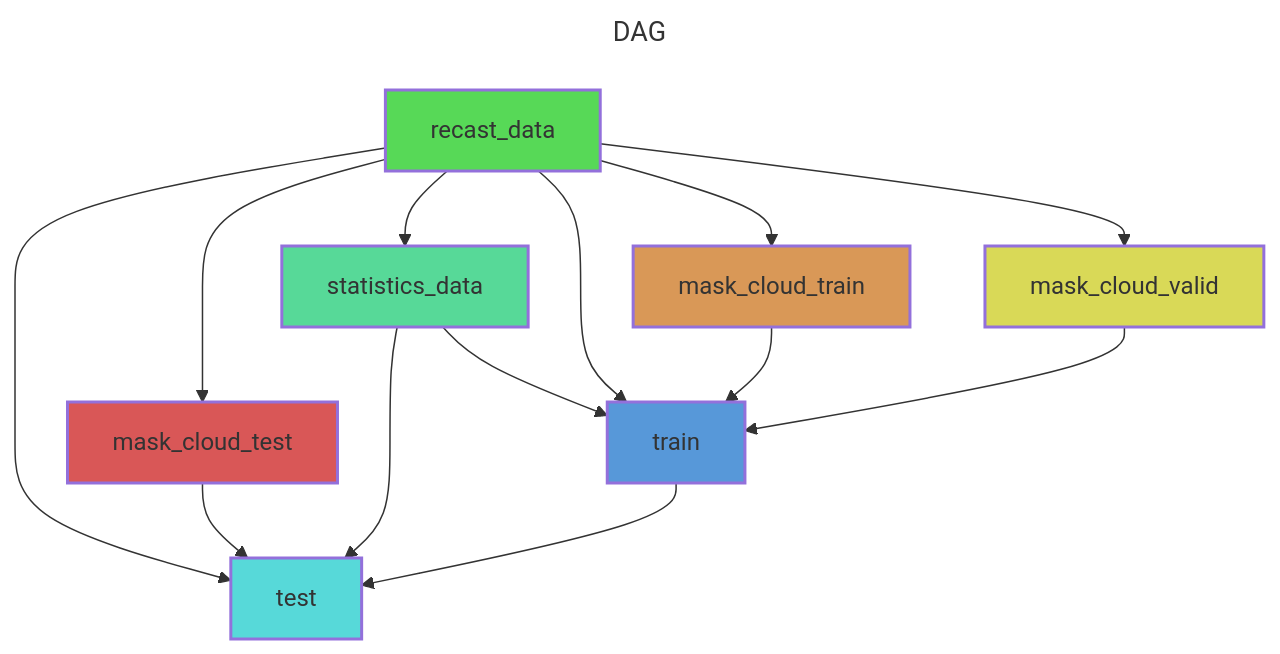
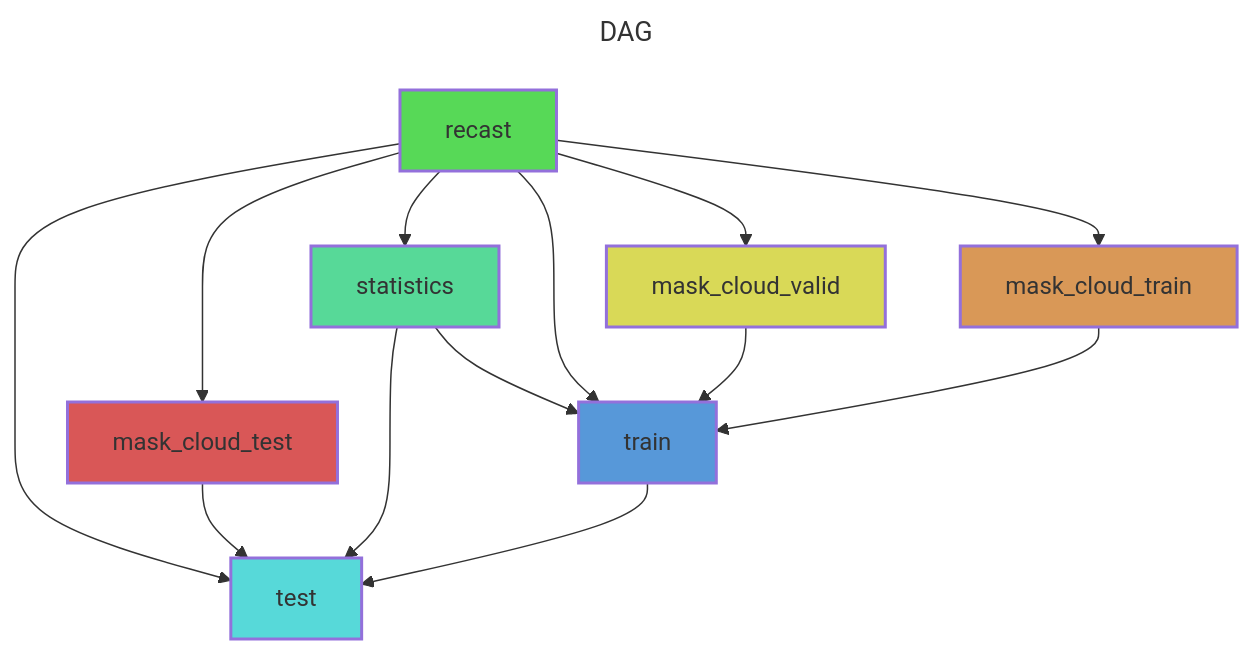
The diagram in config/experiment/forward_clear.mmd (tremblaybenoit/RACCOONN), drawn with Mermaid before and after one commit. The commit also changed 27 other files, not shown here.

Commit message:
Refactor 'statistics' and 'recast'.

```diff
--- a/config/experiment/forward_clear.mmd
+++ b/config/experiment/forward_clear.mmd
@@ -1,30 +1,30 @@
 ---
 title: DAG
 ---
 flowchart TB
 	id0[test]
 	id1[mask_cloud_test]
-	id2[recast_data]
-	id3[statistics_data]
+	id2[recast]
+	id3[statistics]
 	id4[train]
-	id5[mask_cloud_train]
-	id6[mask_cloud_valid]
+	id5[mask_cloud_valid]
+	id6[mask_cloud_train]
 	style id0 fill:#57D9D9,stroke-width:2px,color:#333333
 	style id1 fill:#D95757,stroke-width:2px,color:#333333
 	style id2 fill:#57D957,stroke-width:2px,color:#333333
 	style id3 fill:#57D998,stroke-width:2px,color:#333333
 	style id4 fill:#5798D9,stroke-width:2px,color:#333333
-	style id5 fill:#D99857,stroke-width:2px,color:#333333
-	style id6 fill:#D9D957,stroke-width:2px,color:#333333
-	id2 --> id0
+	style id5 fill:#D9D957,stroke-width:2px,color:#333333
+	style id6 fill:#D99857,stroke-width:2px,color:#333333
 	id3 --> id0
 	id4 --> id0
 	id1 --> id0
+	id2 --> id0
 	id2 --> id1
 	id2 --> id3
+	id5 --> id4
 	id6 --> id4
 	id3 --> id4
-	id5 --> id4
 	id2 --> id4
 	id2 --> id5
 	id2 --> id6
```
